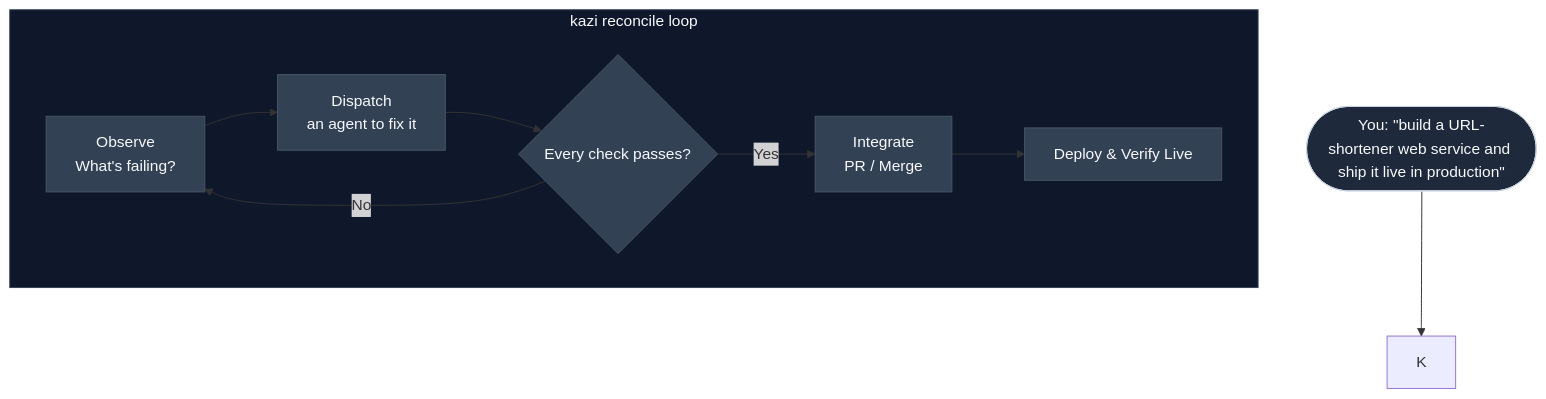
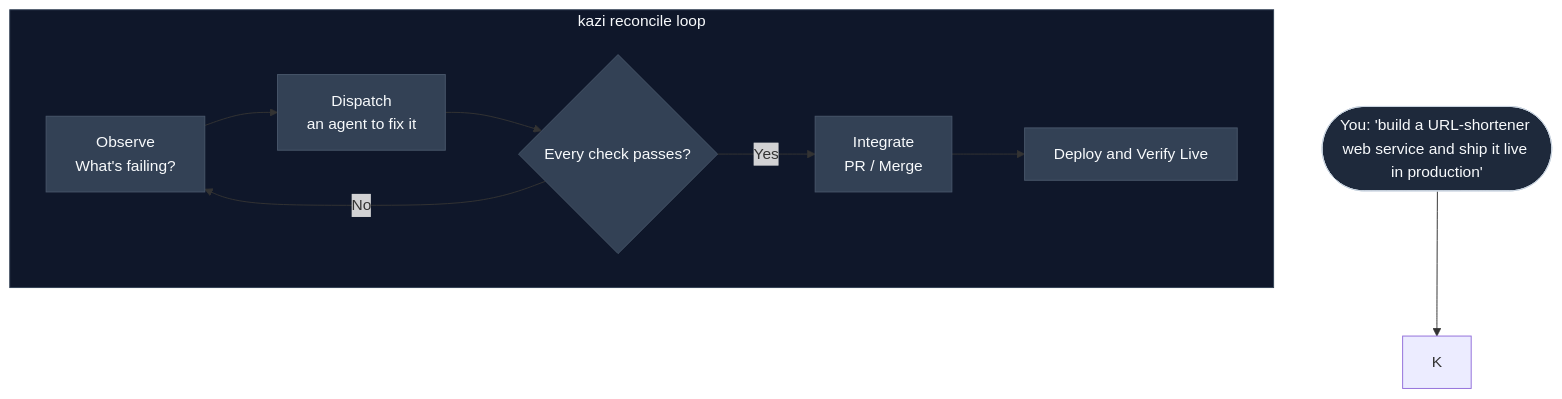
The diagram in README.md (kazi-org/kazi), drawn with Mermaid before and after one commit.

Commit message:
fix(readme): make the reconcile-loop Mermaid diagram render on GitHub
The diagram used #quot; entity codes + a bare & + unquoted labels. Modern
mermaid (mmdc) accepts these, but GitHub pins an older mermaid.js that rejects
#quot;, so GitHub fell back to showing the raw source instead of the graphic.
Replace #quot; with plain single quotes, quote every node label (so ?, &, /,
<br/> are literal), and use 'and' instead of &. Validated with mmdc; README<->
site coherence unaffected.

Claude-Session: https://claude.ai/code/session_014NohVCnShdVPLfzCnudTdE

````diff
--- a/README.md
+++ b/README.md
@@ -36,20 +36,20 @@
 ```mermaid
 flowchart TD
-    U(["You: #quot;build a URL-shortener web service and ship it live in production#quot;"]) --> K
-    
+    U(["You: 'build a URL-shortener web service and ship it live in production'"]) --> K
+
     subgraph kazi [kazi reconcile loop]
-        O[Observe<br/>What's failing?] --> D[Dispatch<br/>an agent to fix it]
-        D --> C{Every check passes?}
+        O["Observe<br/>What's failing?"] --> D["Dispatch<br/>an agent to fix it"]
+        D --> C{"Every check passes?"}
         C -- No --> O
-        C -- Yes --> I[Integrate<br/>PR / Merge]
-        I --> Dep[Deploy & Verify Live]
+        C -- Yes --> I["Integrate<br/>PR / Merge"]
+        I --> Dep["Deploy and Verify Live"]
     end
-    
+
     style U fill:#1e293b,stroke:#cbd5e1,color:#f8fafc
     style kazi fill:#0f172a,stroke:#334155,color:#f8fafc
     style O fill:#334155,stroke:#475569,color:#f8fafc
     style D fill:#334155,stroke:#475569,color:#f8fafc
     style C fill:#334155,stroke:#475569,color:#f8fafc
     style I fill:#334155,stroke:#475569,color:#f8fafc
     style Dep fill:#334155,stroke:#475569,color:#f8fafc
 ```
````
